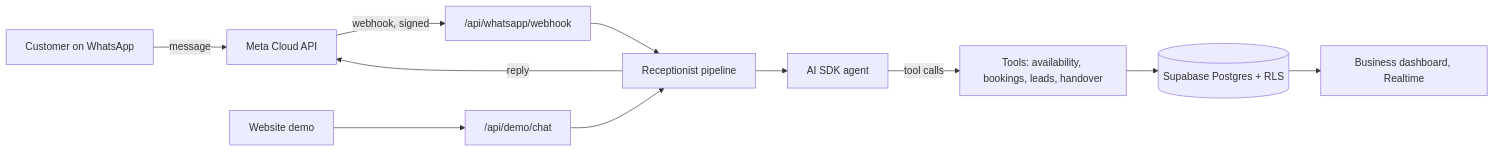
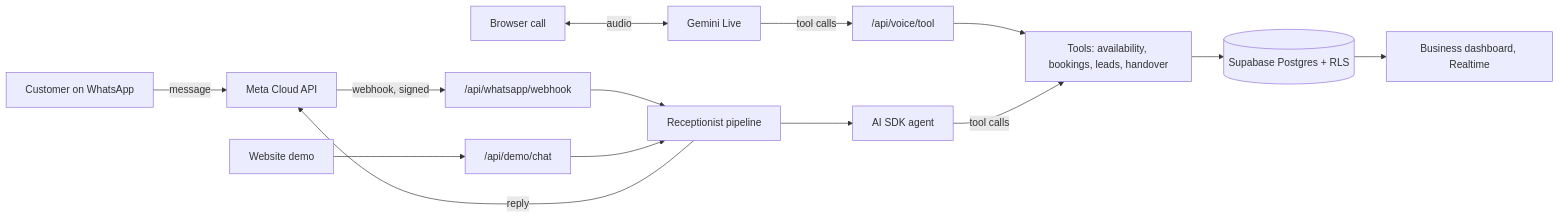
Before and after one commit to goktugzaaa/callora: the diagram in README.md, drawn with Mermaid. The commit also changed other lines of this file and 17 other files, not shown here.

````diff
--- a/README.md
+++ b/README.md
@@ -20,13 +21,16 @@
 ```mermaid
 flowchart LR
   C[Customer on WhatsApp] -->|message| M[Meta Cloud API]
   M -->|webhook, signed| W["/api/whatsapp/webhook"]
   V[Website demo] --> D["/api/demo/chat"]
+  B[Browser call] <-->|audio| G[Gemini Live]
+  G -->|tool calls| VT["/api/voice/tool"]
+  VT --> T
   W --> P[Receptionist pipeline]
   D --> P
   P --> A[AI SDK agent]
   A -->|tool calls| T[Tools: availability, bookings, leads, handover]
   T --> DB[(Supabase Postgres + RLS)]
   P -->|reply| M
   DB --> Dash[Business dashboard, Realtime]
 ```
````
